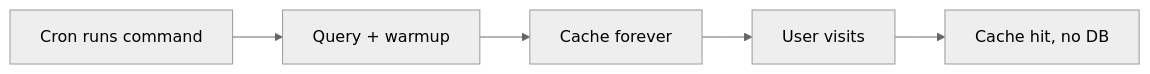
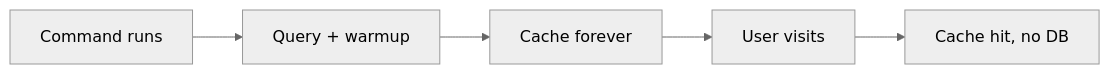
The first of 2 diagrams in README.md (CodeWithDennis/laravel-model-cache), drawn with Mermaid (neutral theme) before and after one commit.

Commit message:
README: warmup diagram - start with Command runs instead of Cron

````diff
--- a/README.md
+++ b/README.md
@@ -40,7 +40,7 @@
 ```mermaid
 flowchart LR
-  A[Cron runs command] --> B[Query + warmup]
+  A[Command runs] --> B[Query + warmup]
   B --> C[Cache forever]
   C --> D[User visits]
   D --> E[Cache hit, no DB]
 ```
````
